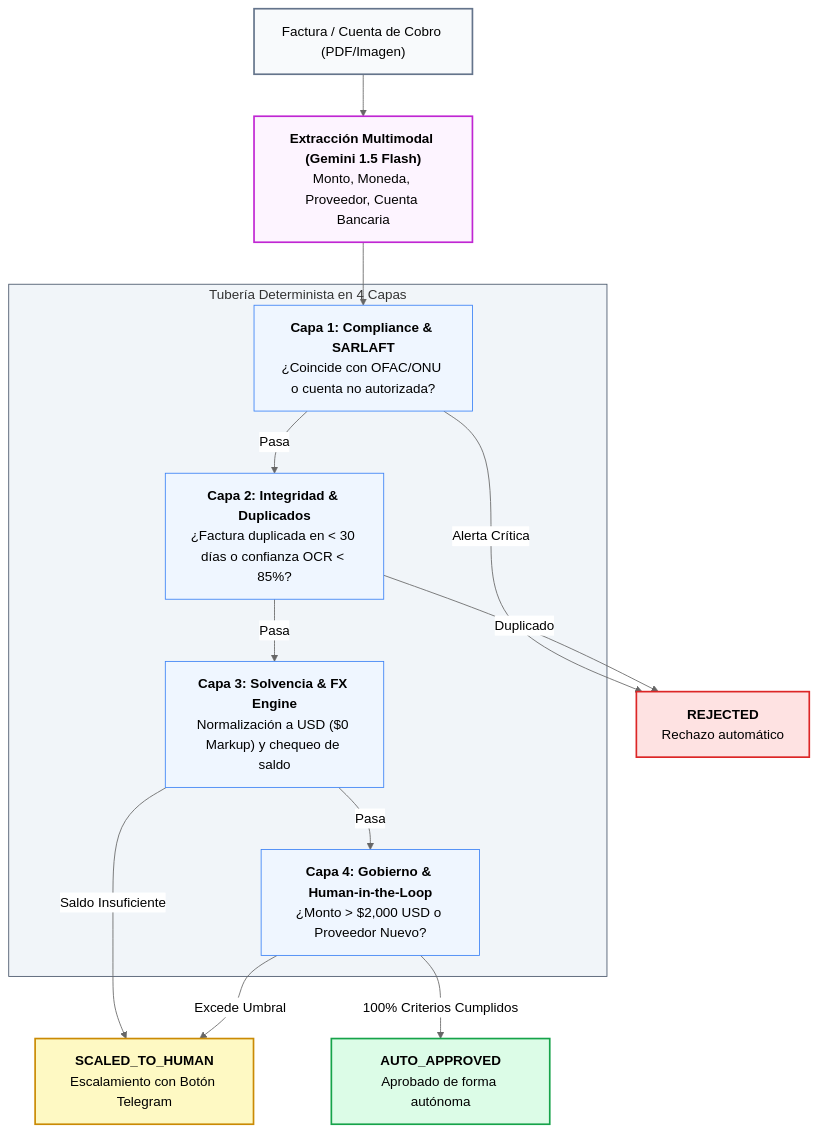
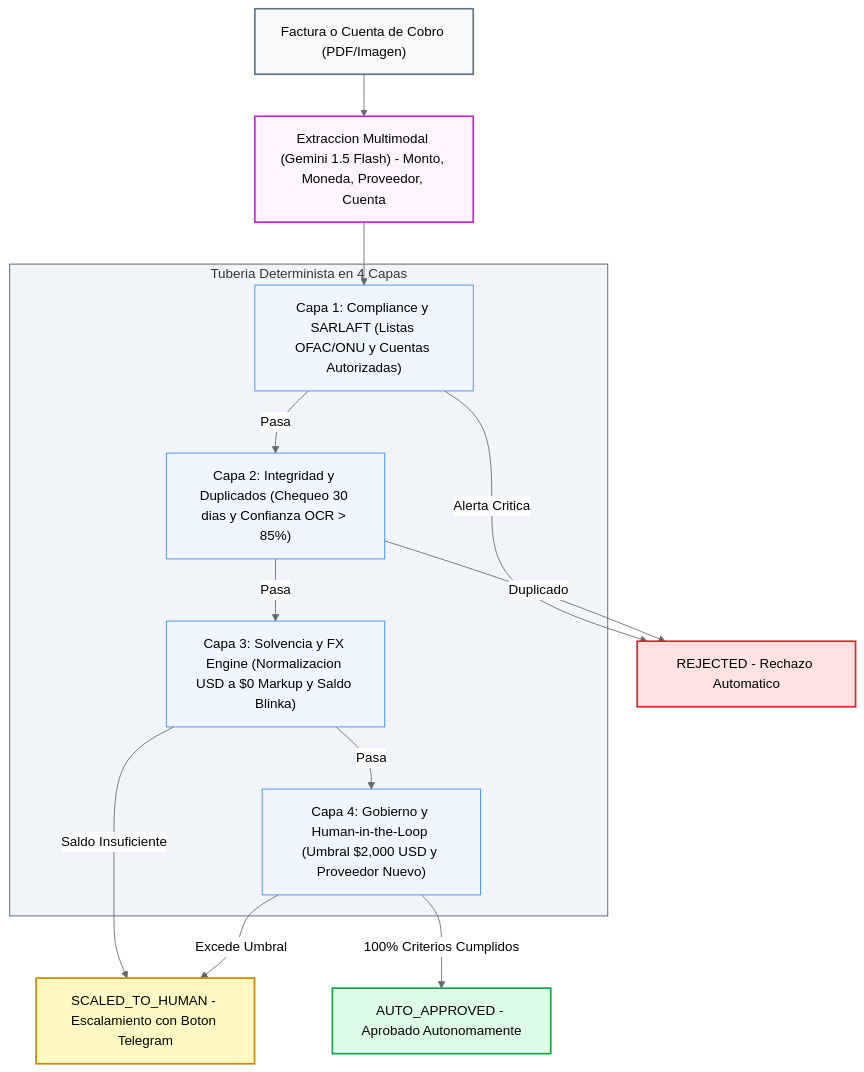
The second of 2 diagrams in docs/arquitectura/arquitectura_solucion_v4.md (Oriojas/30X_404_team), drawn with Mermaid (neutral theme) before and after one commit. The commit also changed other lines of this file and 6 other files, not shown here.

First line of the commit message:
fix: corregir sintaxis de diagramas mermaid y eliminar etiquetas html visibles

````diff
--- a/docs/arquitectura/arquitectura_solucion_v4.md
+++ b/docs/arquitectura/arquitectura_solucion_v4.md
@@ -92,34 +92,34 @@
 ```mermaid
 flowchart TD
-    Doc["Factura / Cuenta de Cobro (PDF/Imagen)"] --> OCR["<b>Extracción Multimodal (Gemini 1.5 Flash)</b><br/>Monto, Moneda, Proveedor, Cuenta Bancaria"]
+    Doc["Factura o Cuenta de Cobro (PDF/Imagen)"] --> OCR["Extraccion Multimodal (Gemini 1.5 Flash) - Monto, Moneda, Proveedor, Cuenta"]
 
-    subgraph Pipeline ["Tubería Determinista en 4 Capas"]
-        Capa1["<b>Capa 1: Compliance & SARLAFT</b><br/>¿Coincide con OFAC/ONU o cuenta no autorizada?"]
-        Capa2["<b>Capa 2: Integridad & Duplicados</b><br/>¿Factura duplicada en < 30 días o confianza OCR < 85%?"]
-        Capa3["<b>Capa 3: Solvencia & FX Engine</b><br/>Normalización a USD ($0 Markup) y chequeo de saldo"]
-        Capa4["<b>Capa 4: Gobierno & Human-in-the-Loop</b><br/>¿Monto > $2,000 USD o Proveedor Nuevo?"]
+    subgraph Pipeline ["Tuberia Determinista en 4 Capas"]
+        Capa1["Capa 1: Compliance y SARLAFT (Listas OFAC/ONU y Cuentas Autorizadas)"]
+        Capa2["Capa 2: Integridad y Duplicados (Chequeo 30 dias y Confianza OCR > 85%)"]
+        Capa3["Capa 3: Solvencia y FX Engine (Normalizacion USD a $0 Markup y Saldo Blinka)"]
+        Capa4["Capa 4: Gobierno y Human-in-the-Loop (Umbral $2,000 USD y Proveedor Nuevo)"]
 
         Capa1 -->|"Pasa"| Capa2
         Capa2 -->|"Pasa"| Capa3
         Capa3 -->|"Pasa"| Capa4
     end
 
     OCR --> Capa1
 
-    Capa1 -->|"Alerta Crítica"| Rejected["<b>REJECTED</b><br/>Rechazo automático"]
+    Capa1 -->|"Alerta Critica"| Rejected["REJECTED - Rechazo Automatico"]
     Capa2 -->|"Duplicado"| Rejected
-    Capa3 -->|"Saldo Insuficiente"| Scaled["<b>SCALED_TO_HUMAN</b><br/>Escalamiento con Botón Telegram"]
+    Capa3 -->|"Saldo Insuficiente"| Scaled["SCALED_TO_HUMAN - Escalamiento con Boton Telegram"]
     Capa4 -->|"Excede Umbral"| Scaled
-    Capa4 -->|"100% Criterios Cumplidos"| Approved["<b>AUTO_APPROVED</b><br/>Aprobado de forma autónoma"]
+    Capa4 -->|"100% Criterios Cumplidos"| Approved["AUTO_APPROVED - Aprobado Autonomamente"]
 
     style Doc fill:#f8fafc,stroke:#64748b,stroke-width:2px
     style OCR fill:#fdf4ff,stroke:#c026d3,stroke-width:2px
     style Pipeline fill:#f1f5f9,stroke:#475569,stroke-width:1px
     style Capa1 fill:#eff6ff,stroke:#3b82f6,stroke-width:1px
     style Capa2 fill:#eff6ff,stroke:#3b82f6,stroke-width:1px
     style Capa3 fill:#eff6ff,stroke:#3b82f6,stroke-width:1px
     style Capa4 fill:#eff6ff,stroke:#3b82f6,stroke-width:1px
     style Approved fill:#dcfce7,stroke:#16a34a,stroke-width:2px
     style Scaled fill:#fef9c3,stroke:#ca8a04,stroke-width:2px
     style Rejected fill:#fee2e2,stroke:#dc2626,stroke-width:2px
 ```
````
